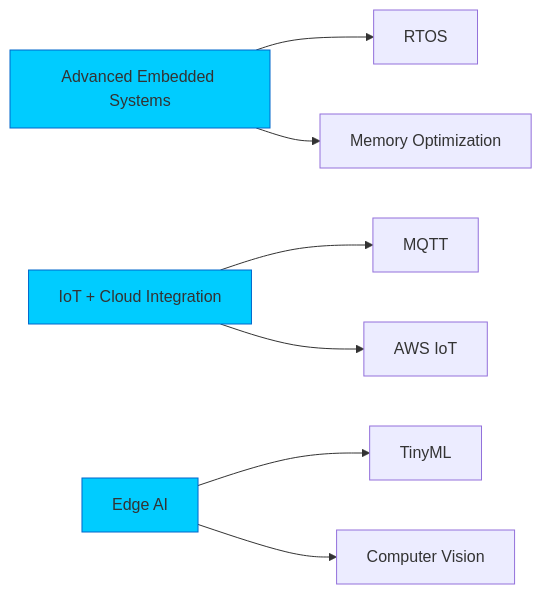
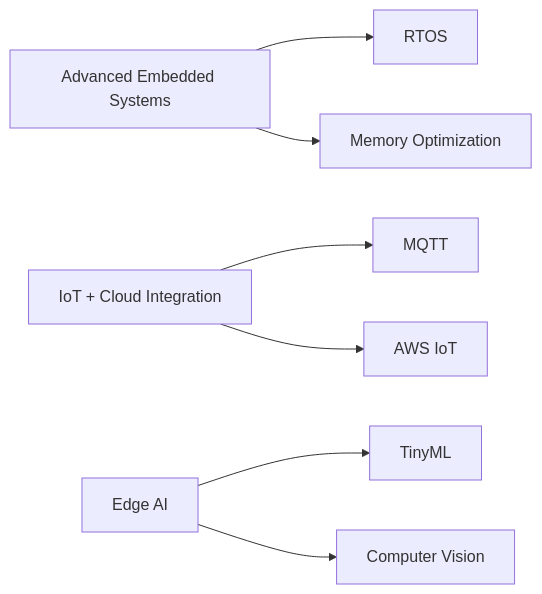
One commit to JavierSiliacay/JavierSiliacay changed the diagram in README.md. Above: the diagram before and after it, drawn with Mermaid. The commit also changed other lines of this file, not shown here.

````diff
--- a/README.md
+++ b/README.md
@@ -102,12 +145,9 @@
 ```mermaid
 graph LR
     A[Advanced Embedded Systems] --> B[RTOS]
     A --> C[Memory Optimization]
     D[IoT + Cloud Integration] --> E[MQTT]
     D --> F[AWS IoT]
     G[Edge AI] --> H[TinyML]
     G --> I[Computer Vision]
-    style A fill:#00ccff,stroke:#0066cc
-    style D fill:#00ccff,stroke:#0066cc
-    style G fill:#00ccff,stroke:#0066cc
 ```
````
